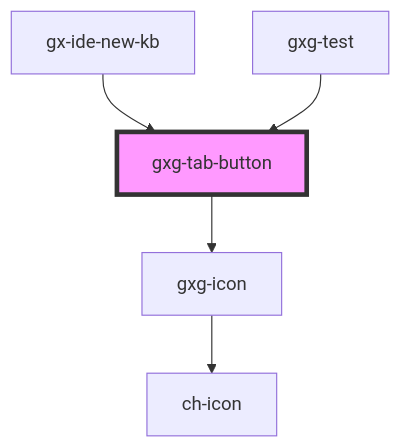
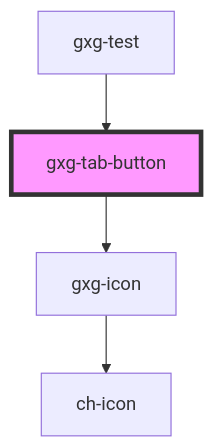
The diagram in src/components/tab-button/readme.md (genexuslabs/gemini), drawn with Mermaid before and after one commit. The commit also changed other lines of this file and 59 other files, not shown here.

````diff
--- a/src/components/tab-button/readme.md
+++ b/src/components/tab-button/readme.md
@@ -43,8 +42,7 @@
 ```mermaid
 graph TD;
   gxg-tab-button --> gxg-icon
   gxg-icon --> ch-icon
-  gx-ide-new-kb --> gxg-tab-button
   gxg-test --> gxg-tab-button
   style gxg-tab-button fill:#f9f,stroke:#333,stroke-width:4px
 ```
````
